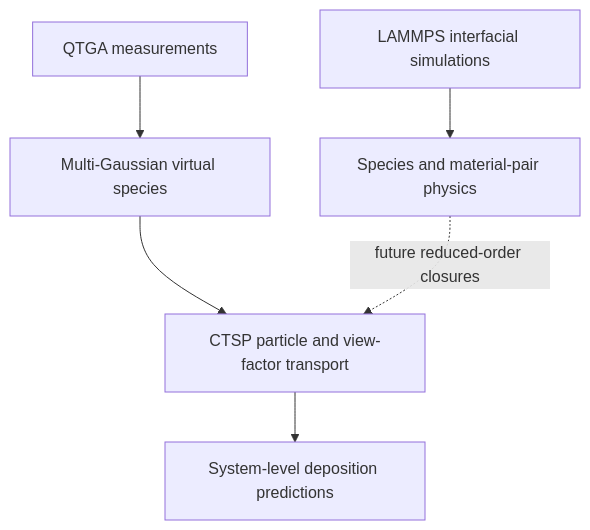
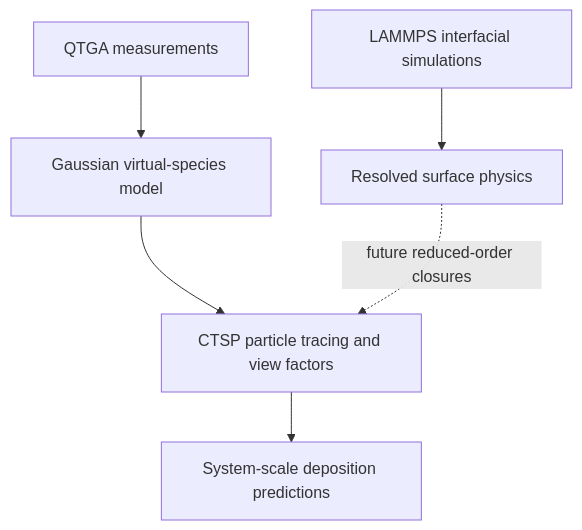
Before and after one commit to JacobMeyerrr/spacecraft-cont-modeling-and-simulation: the diagram in README.md, drawn with Mermaid. The commit also changed other lines of this file and 68 other files, not shown here.

````diff
--- a/README.md
+++ b/README.md
@@ -48,8 +55,8 @@
 ```mermaid
 flowchart TD
-    A["QTGA measurements"] --> B["Multi-Gaussian virtual species"]
-    B --> C["CTSP particle and view-factor transport"]
-    C --> D["System-level deposition predictions"]
-    E["LAMMPS interfacial simulations"] --> F["Species and material-pair physics"]
+    A["QTGA measurements"] --> B["Gaussian virtual-species model"]
+    B --> C["CTSP particle tracing and view factors"]
+    C --> D["System-scale deposition predictions"]
+    E["LAMMPS interfacial simulations"] --> F["Resolved surface physics"]
     F -. "future reduced-order closures" .-> C
 ```
````
